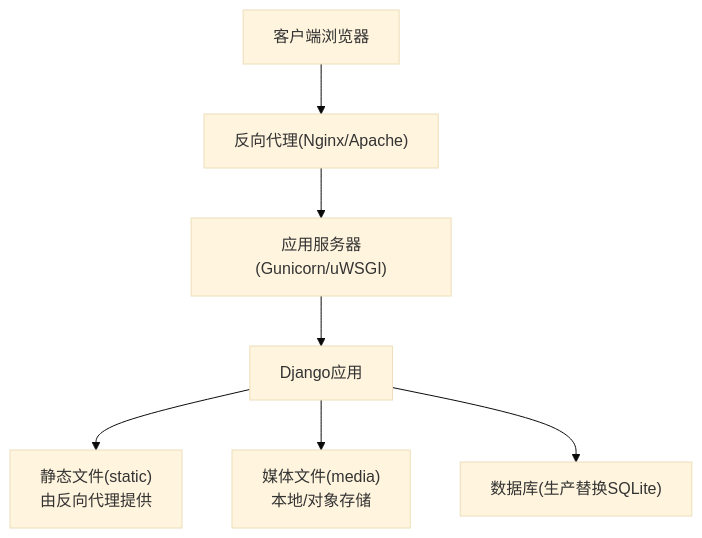
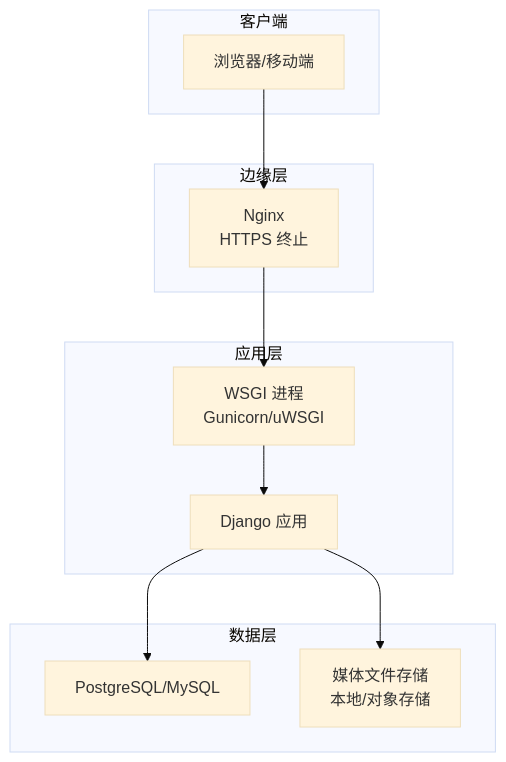
Before and after one commit to Blaipchi/LLM_AIfriends: the second of 6 diagrams in .qoder/repowiki/zh/content/部署指南/生产环境部署.md, drawn with Mermaid (base theme). The commit also changed other lines of this file and 89 other files, not shown here.

````diff
--- a/.qoder/repowiki/zh/content/部署指南/生产环境部署.md
+++ b/.qoder/repowiki/zh/content/部署指南/生产环境部署.md
@@ -105,9 +72,22 @@
 ```mermaid
 graph TB
-C["客户端浏览器"] --> RP["反向代理(Nginx/Apache)"]
-RP --> G["应用服务器(Gunicorn/uWSGI)"]
-G --> DJ["Django应用"]
-DJ --> ST["静态文件(static)<br/>由反向代理提供"]
-DJ --> MD["媒体文件(media)<br/>本地/对象存储"]
-DJ --> DB["数据库(生产替换SQLite)"]
+subgraph "客户端"
+Browser["浏览器/移动端"]
+end
+subgraph "边缘层"
+HTTPS["Nginx<br/>HTTPS 终止"]
+end
+subgraph "应用层"
+Gunicorn["WSGI 进程<br/>Gunicorn/uWSGI"]
+Django["Django 应用"]
+end
+subgraph "数据层"
+Postgres["PostgreSQL/MySQL"]
+Media["媒体文件存储<br/>本地/对象存储"]
+end
+Browser --> HTTPS
+HTTPS --> Gunicorn
+Gunicorn --> Django
+Django --> Postgres
+Django --> Media
 ```
````
